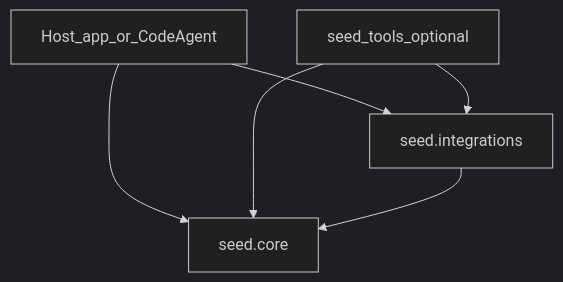
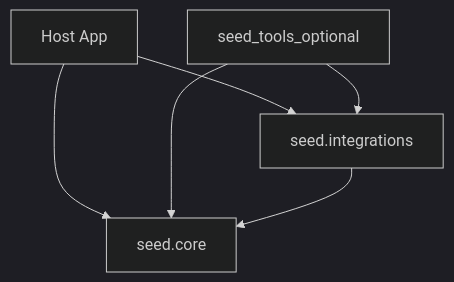
Before and after one commit to tagword/seed: the diagram in docs/INTEGRATION.md, drawn with Mermaid (dark theme). The commit also changed other lines of this file and 3 other files, not shown here.

First line of the commit message:
docs: remove CodeAgent references from README and docs

````diff
--- a/docs/INTEGRATION.md
+++ b/docs/INTEGRATION.md
@@ -7,12 +7,12 @@
 ```mermaid
 flowchart TB
-  host[Host_app_or_CodeAgent]
+  host[Host App]
   tools[seed_tools_optional]
   integ[seed.integrations]
   core[seed.core]
   host --> core
   host --> integ
   tools --> core
   tools --> integ
   integ --> core
 ```
````
